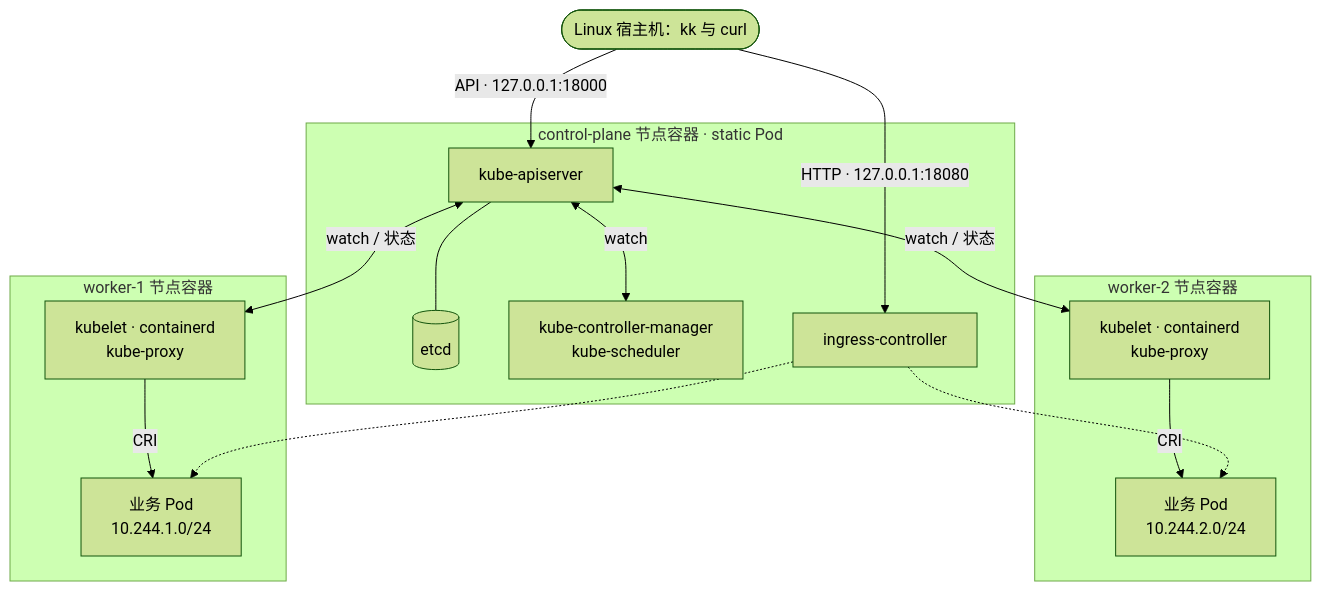
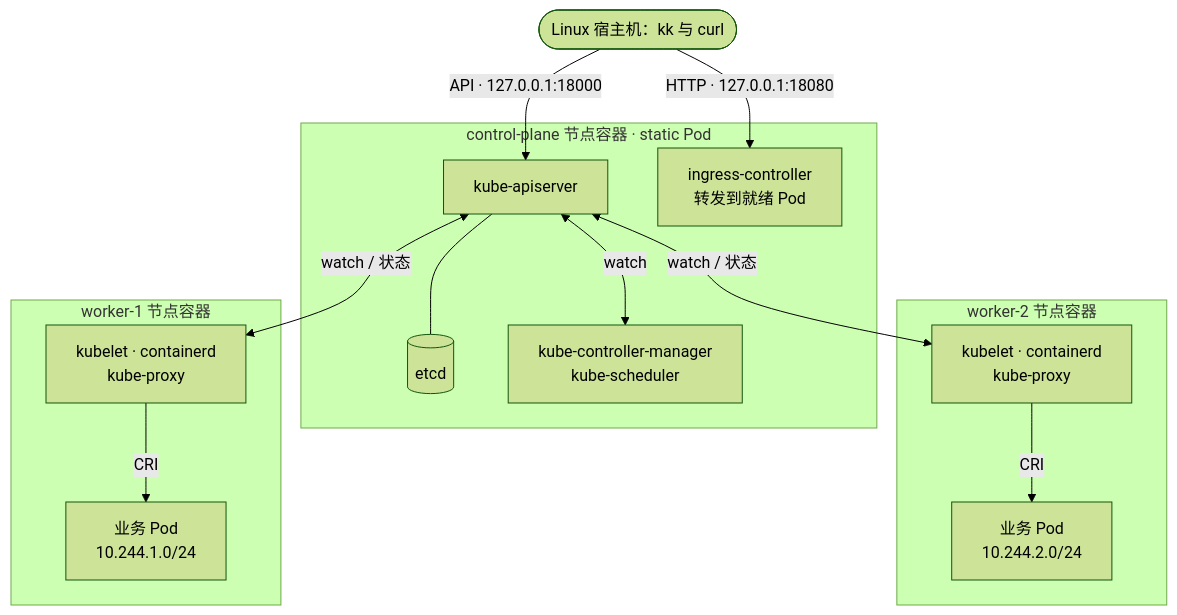
The diagram in README.zh-CN.md (cvvz/mini-k8s), drawn with Mermaid (forest theme) before and after one commit. The commit also changed other lines of this file and 1 other file, not shown here.

Commit message:
docs: drop crossing Ingress edges from the architecture diagram

````diff
--- a/README.zh-CN.md
+++ b/README.zh-CN.md
@@ -58,32 +58,30 @@
 ```mermaid
 flowchart TB
     user(["Linux 宿主机：kk 与 curl"])
 
     subgraph cp["control-plane 节点容器 · static Pod"]
         api["kube-apiserver"]
         etcd[("etcd")]
         ctl["kube-controller-manager<br/>kube-scheduler"]
-        ing["ingress-controller"]
+        ing["ingress-controller<br/>转发到就绪 Pod"]
     end
 
     subgraph w2["worker-2 节点容器"]
         k2["kubelet · containerd<br/>kube-proxy"]
         p2["业务 Pod<br/>10.244.2.0/24"]
     end
 
     subgraph w1["worker-1 节点容器"]
         k1["kubelet · containerd<br/>kube-proxy"]
         p1["业务 Pod<br/>10.244.1.0/24"]
     end
 
     user -- "API · 127.0.0.1:18000" --> api
     user -- "HTTP · 127.0.0.1:18080" --> ing
     api --- etcd
     api <-- watch --> ctl
     api <-- "watch / 状态" --> k1
     api <-- "watch / 状态" --> k2
     k1 -- CRI --> p1
     k2 -- CRI --> p2
-    ing -.-> p1
-    ing -.-> p2
 ```
````
